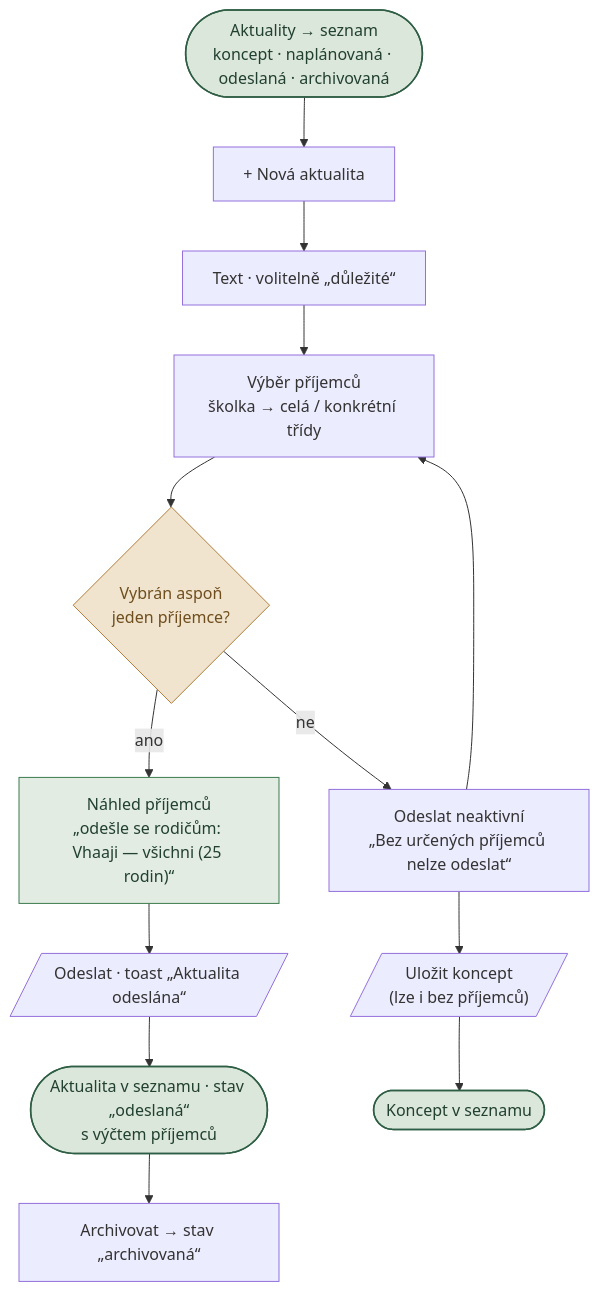
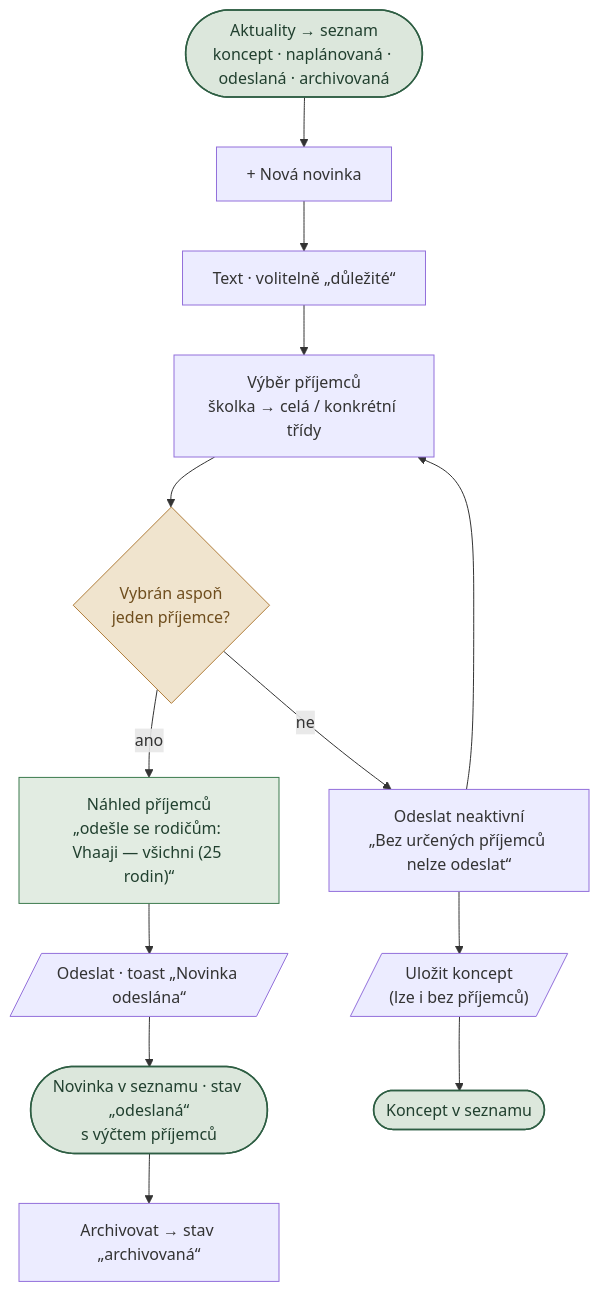
Before and after one commit to chotenovskalenka/intraweb-prototype: the sixth of 7 diagrams in docs/flows.md, drawn with Mermaid. The commit also changed other lines of this file and 15 other files, not shown here.

````diff
--- a/docs/flows.md
+++ b/docs/flows.md
@@ -135,18 +135,18 @@
 ```mermaid
 flowchart TD
-  A([Aktuality → seznam<br/>koncept · naplánovaná · odeslaná · archivovaná]):::term --> B["+ Nová aktualita"]
+  A([Aktuality → seznam<br/>koncept · naplánovaná · odeslaná · archivovaná]):::term --> B["+ Nová novinka"]
   B --> C["Text · volitelně „důležité“"]
   C --> D["Výběr příjemců<br/>školka → celá / konkrétní třídy"]
   D --> E{"Vybrán aspoň<br/>jeden příjemce?"}:::dec
   E -->|ne| F["Odeslat neaktivní<br/>„Bez určených příjemců nelze odeslat“"]
   F --> G[/"Uložit koncept<br/>(lze i bez příjemců)"/]
   F --> D
   E -->|ano| H["Náhled příjemců<br/>„odešle se rodičům: Vhaaji — všichni (25 rodin)“"]:::hi
-  H --> I[/"Odeslat · toast „Aktualita odeslána“"/]
-  I --> J([Aktualita v seznamu · stav „odeslaná“<br/>s výčtem příjemců]):::term
+  H --> I[/"Odeslat · toast „Novinka odeslána“"/]
+  I --> J([Novinka v seznamu · stav „odeslaná“<br/>s výčtem příjemců]):::term
   G --> K([Koncept v seznamu]):::term
   J --> L["Archivovat → stav „archivovaná“"]
   classDef term fill:#DCE7DC,stroke:#2E5E43,color:#21402F,stroke-width:1.5px;
   classDef hi fill:#E2ECE2,stroke:#3C7A4E,color:#21402F;
   classDef dec fill:#F0E4CE,stroke:#B07D3A,color:#6f4e1e;
 ```
````
